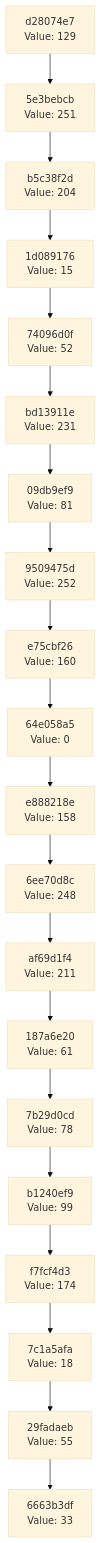
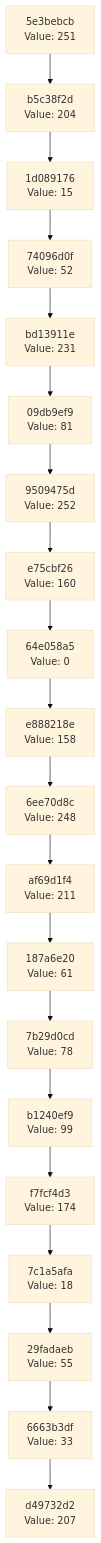
Before and after one commit to Abhisheksinha1506/hash-chain-evolver: the diagram in docs/CHAIN_VISUALIZATION.md, drawn with Mermaid (base theme). The commit also changed 1 other file, not shown here.

Commit message:
Evolution Step

````diff
--- a/docs/CHAIN_VISUALIZATION.md
+++ b/docs/CHAIN_VISUALIZATION.md
@@ -3,42 +3,42 @@
 ```mermaid
 graph TD
-    C0["6663b3df<br/>Value: 33"]
-    C1["29fadaeb<br/>Value: 55"]
+    C0["d49732d2<br/>Value: 207"]
+    C1["6663b3df<br/>Value: 33"]
     C1 --> C0
-    C2["7c1a5afa<br/>Value: 18"]
+    C2["29fadaeb<br/>Value: 55"]
     C2 --> C1
-    C3["f7fcf4d3<br/>Value: 174"]
+    C3["7c1a5afa<br/>Value: 18"]
     C3 --> C2
-    C4["b1240ef9<br/>Value: 99"]
+    C4["f7fcf4d3<br/>Value: 174"]
     C4 --> C3
-    C5["7b29d0cd<br/>Value: 78"]
+    C5["b1240ef9<br/>Value: 99"]
     C5 --> C4
-    C6["187a6e20<br/>Value: 61"]
+    C6["7b29d0cd<br/>Value: 78"]
     C6 --> C5
-    C7["af69d1f4<br/>Value: 211"]
+    C7["187a6e20<br/>Value: 61"]
     C7 --> C6
-    C8["6ee70d8c<br/>Value: 248"]
+    C8["af69d1f4<br/>Value: 211"]
     C8 --> C7
-    C9["e888218e<br/>Value: 158"]
+    C9["6ee70d8c<br/>Value: 248"]
     C9 --> C8
-    C10["64e058a5<br/>Value: 0"]
+    C10["e888218e<br/>Value: 158"]
     C10 --> C9
-    C11["e75cbf26<br/>Value: 160"]
+    C11["64e058a5<br/>Value: 0"]
     C11 --> C10
-    C12["9509475d<br/>Value: 252"]
+    C12["e75cbf26<br/>Value: 160"]
     C12 --> C11
-    C13["09db9ef9<br/>Value: 81"]
+    C13["9509475d<br/>Value: 252"]
     C13 --> C12
-    C14["bd13911e<br/>Value: 231"]
+    C14["09db9ef9<br/>Value: 81"]
     C14 --> C13
-    C15["74096d0f<br/>Value: 52"]
+    C15["bd13911e<br/>Value: 231"]
     C15 --> C14
-    C16["1d089176<br/>Value: 15"]
+    C16["74096d0f<br/>Value: 52"]
     C16 --> C15
-    C17["b5c38f2d<br/>Value: 204"]
+    C17["1d089176<br/>Value: 15"]
     C17 --> C16
-    C18["5e3bebcb<br/>Value: 251"]
+    C18["b5c38f2d<br/>Value: 204"]
     C18 --> C17
-    C19["d28074e7<br/>Value: 129"]
+    C19["5e3bebcb<br/>Value: 251"]
     C19 --> C18
 ```
````
